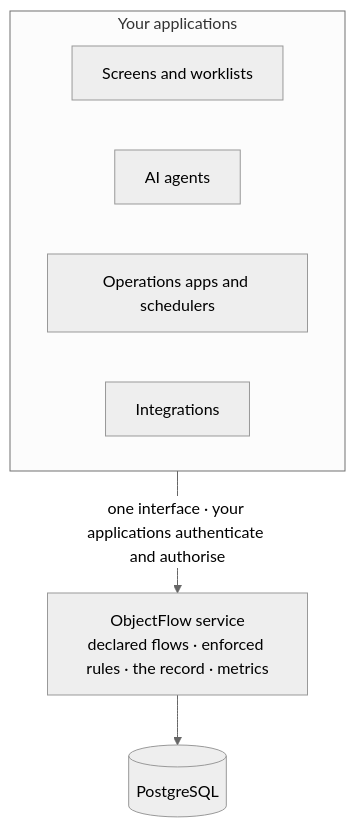
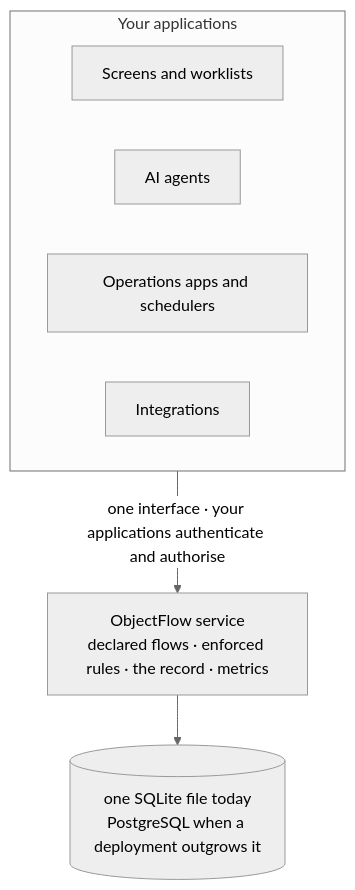
The diagram in README.md (rxdu/object_flow), drawn with Mermaid (neutral theme) before and after one commit. The commit also changed other lines of this file and 45 other files, not shown here.

````diff
--- a/README.md
+++ b/README.md
@@ -101,12 +101,12 @@
 ```mermaid
 flowchart TB
     subgraph apps["Your applications"]
         direction LR
         ui["Screens and worklists"]
         agents["AI agents"]
         ops["Operations apps and schedulers"]
         integ["Integrations"]
     end
     apps -->|"one interface · your applications authenticate and authorise"| core["ObjectFlow service<br/>declared flows · enforced rules · the record · metrics"]
-    core --> db[("PostgreSQL")]
+    core --> db[("one SQLite file today<br/>PostgreSQL when a deployment outgrows it")]
 ```
````
